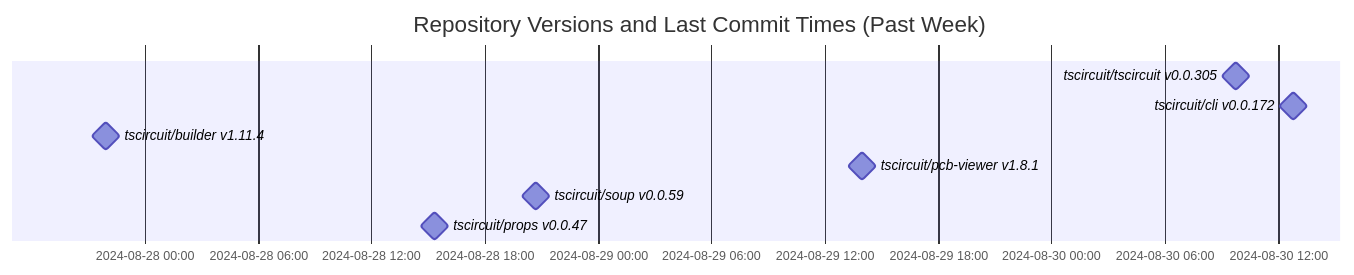
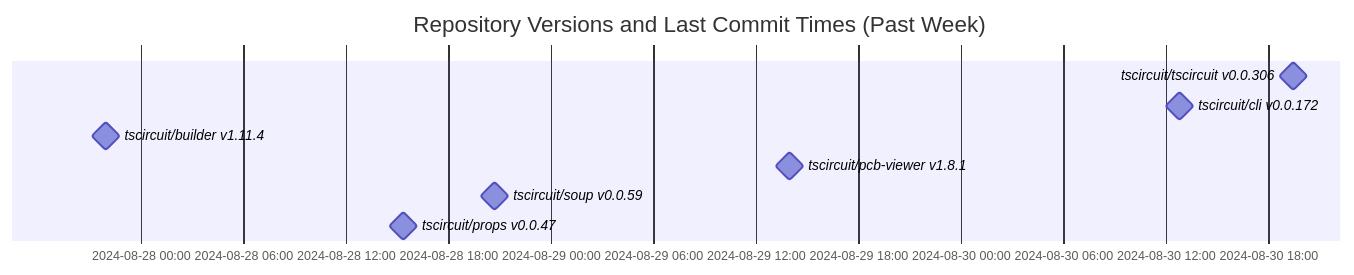
One commit to tscircuit/version-tracker changed the diagram in README.md. Above: the diagram before and after it, drawn with Mermaid.

Commit message:
Update chart

````diff
--- a/README.md
+++ b/README.md
@@ -1,13 +1,13 @@
 ```mermaid
 gantt
   dateFormat  YYYY-MM-DD HH:mm:ss
   title Repository Versions and Last Commit Times (Past Week)
   axisFormat %Y-%m-%d %H:%M
 
-  tscircuit/tscircuit v0.0.305 : milestone, 2024-08-30 09:45:32, 1s
+  tscircuit/tscircuit v0.0.306 : milestone, 2024-08-30 19:28:33, 1s
   tscircuit/cli v0.0.172 : milestone, 2024-08-30 12:48:12, 1s
   tscircuit/builder v1.11.4 : milestone, 2024-08-27 21:56:45, 1s
   tscircuit/pcb-viewer v1.8.1 : milestone, 2024-08-29 13:56:55, 1s
   tscircuit/soup v0.0.59 : milestone, 2024-08-28 20:42:30, 1s
   tscircuit/props v0.0.47 : milestone, 2024-08-28 15:22:20, 1s
 ```
````
